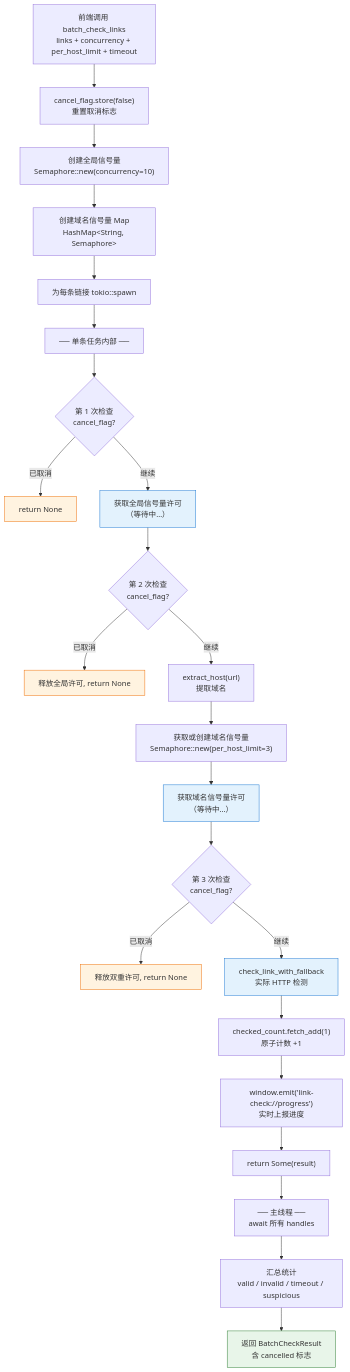
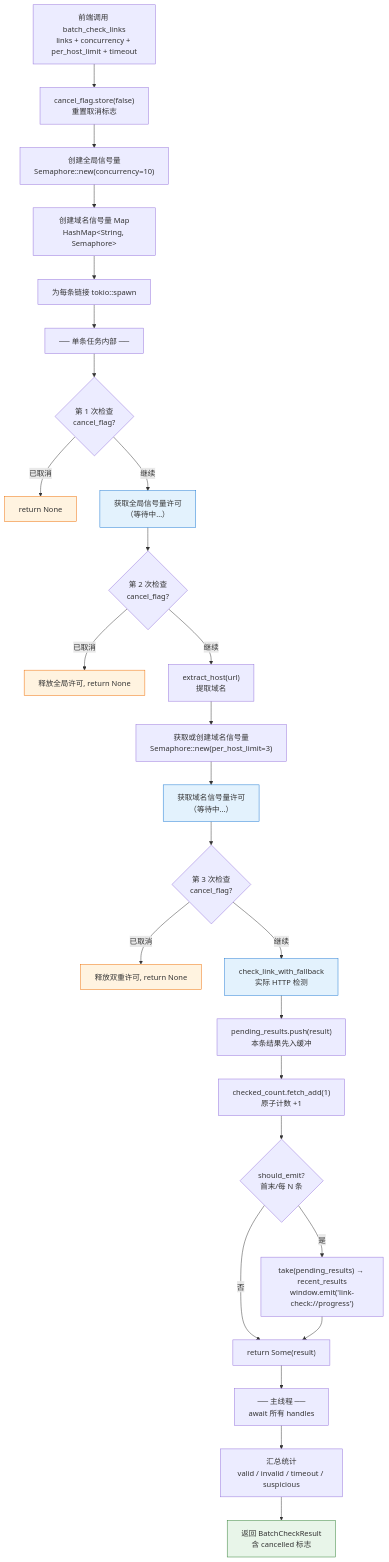
One commit to joeyliu6/PicNexus changed the third of 5 diagrams in docs/flows/link-check-flow.md. Above: the diagram before and after it, drawn with Mermaid. The commit also changed other lines of this file and 5 other files, not shown here.

First line of the commit message:
feat(link-check): 检测进度逐条上报 + 冻结视图实时刷新 chips/badges

````diff
--- a/docs/flows/link-check-flow.md
+++ b/docs/flows/link-check-flow.md
@@ -166,39 +166,42 @@
 ```mermaid
 flowchart TD
     A["前端调用 batch_check_links<br/>links + concurrency + per_host_limit + timeout"] --> B["cancel_flag.store(false)<br/>重置取消标志"]
     B --> C["创建全局信号量<br/>Semaphore::new(concurrency=10)"]
     C --> D["创建域名信号量 Map<br/>HashMap&lt;String, Semaphore&gt;"]
     D --> E["为每条链接 tokio::spawn"]
 
     E --> F["── 单条任务内部 ──"]
     F --> G{第 1 次检查<br/>cancel_flag?}
     G -- 已取消 --> G1["return None"]
     G -- 继续 --> H["获取全局信号量许可<br/>（等待中…）"]
 
     H --> I{第 2 次检查<br/>cancel_flag?}
     I -- 已取消 --> I1["释放全局许可, return None"]
     I -- 继续 --> J["extract_host(url)<br/>提取域名"]
     J --> K["获取或创建域名信号量<br/>Semaphore::new(per_host_limit=3)"]
     K --> L["获取域名信号量许可<br/>（等待中…）"]
 
     L --> M{第 3 次检查<br/>cancel_flag?}
     M -- 已取消 --> M1["释放双重许可, return None"]
     M -- 继续 --> N["check_link_with_fallback<br/>实际 HTTP 检测"]
 
-    N --> O["checked_count.fetch_add(1)<br/>原子计数 +1"]
-    O --> P["window.emit('link-check://progress')<br/>实时上报进度"]
-    P --> Q["return Some(result)"]
+    N --> N1["pending_results.push(result)<br/>本条结果先入缓冲"]
+    N1 --> O["checked_count.fetch_add(1)<br/>原子计数 +1"]
+    O --> O1{should_emit?<br/>首末/每 N 条}
+    O1 -- 否 --> Q["return Some(result)"]
+    O1 -- 是 --> P["take(pending_results) → recent_results<br/>window.emit('link-check://progress')"]
+    P --> Q
 
     %% 主流程汇总
     Q --> R["── 主线程 ──<br/>await 所有 handles"]
     R --> S["汇总统计<br/>valid / invalid / timeout / suspicious"]
     S --> T["返回 BatchCheckResult<br/>含 cancelled 标志"]
 
     style H fill:#e3f2fd,stroke:#1976d2
     style L fill:#e3f2fd,stroke:#1976d2
     style N fill:#e3f2fd,stroke:#1976d2
     style T fill:#e8f5e9,stroke:#2e7d32
     style G1 fill:#fff3e0,stroke:#ef6c00
     style I1 fill:#fff3e0,stroke:#ef6c00
     style M1 fill:#fff3e0,stroke:#ef6c00
 ```
````
